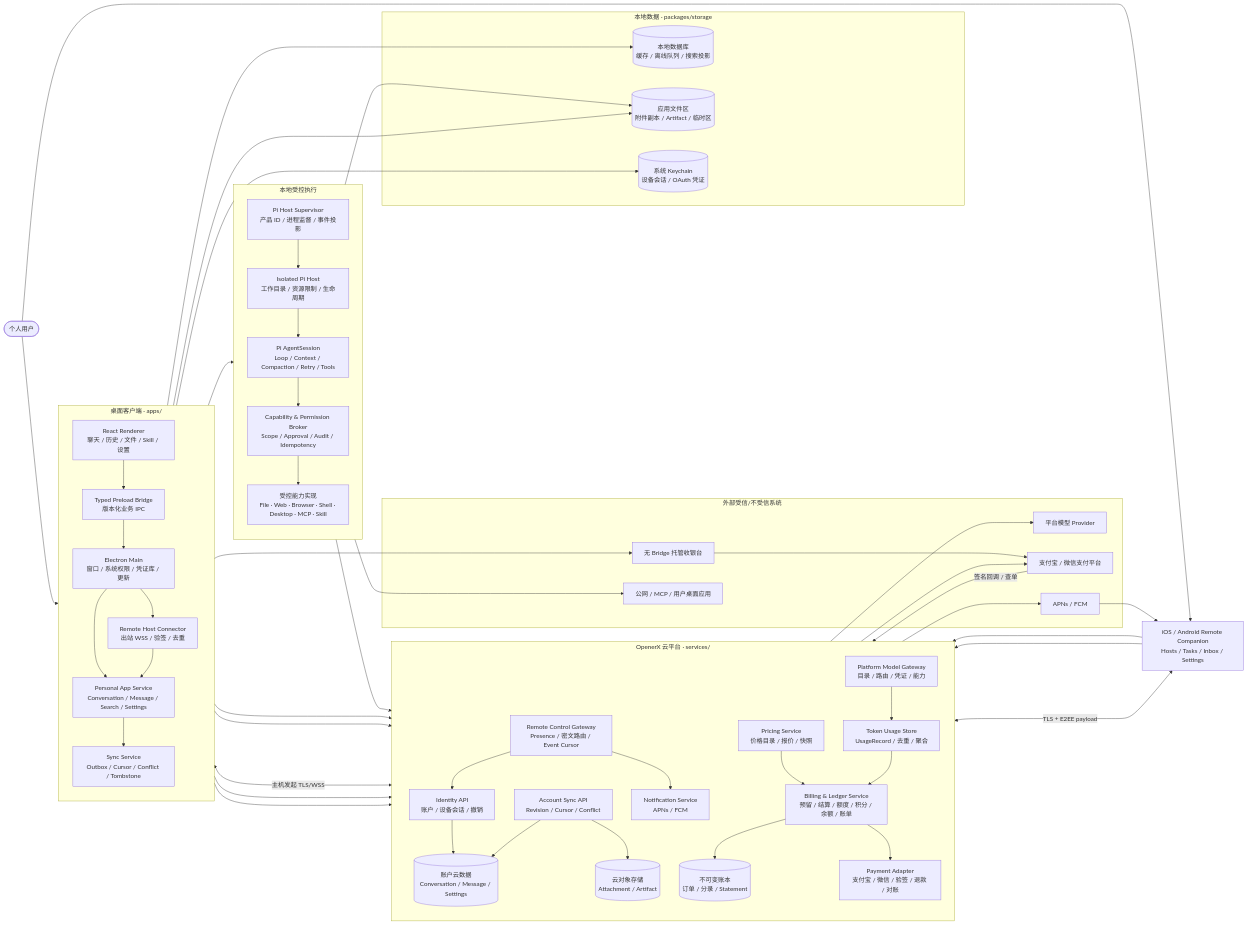
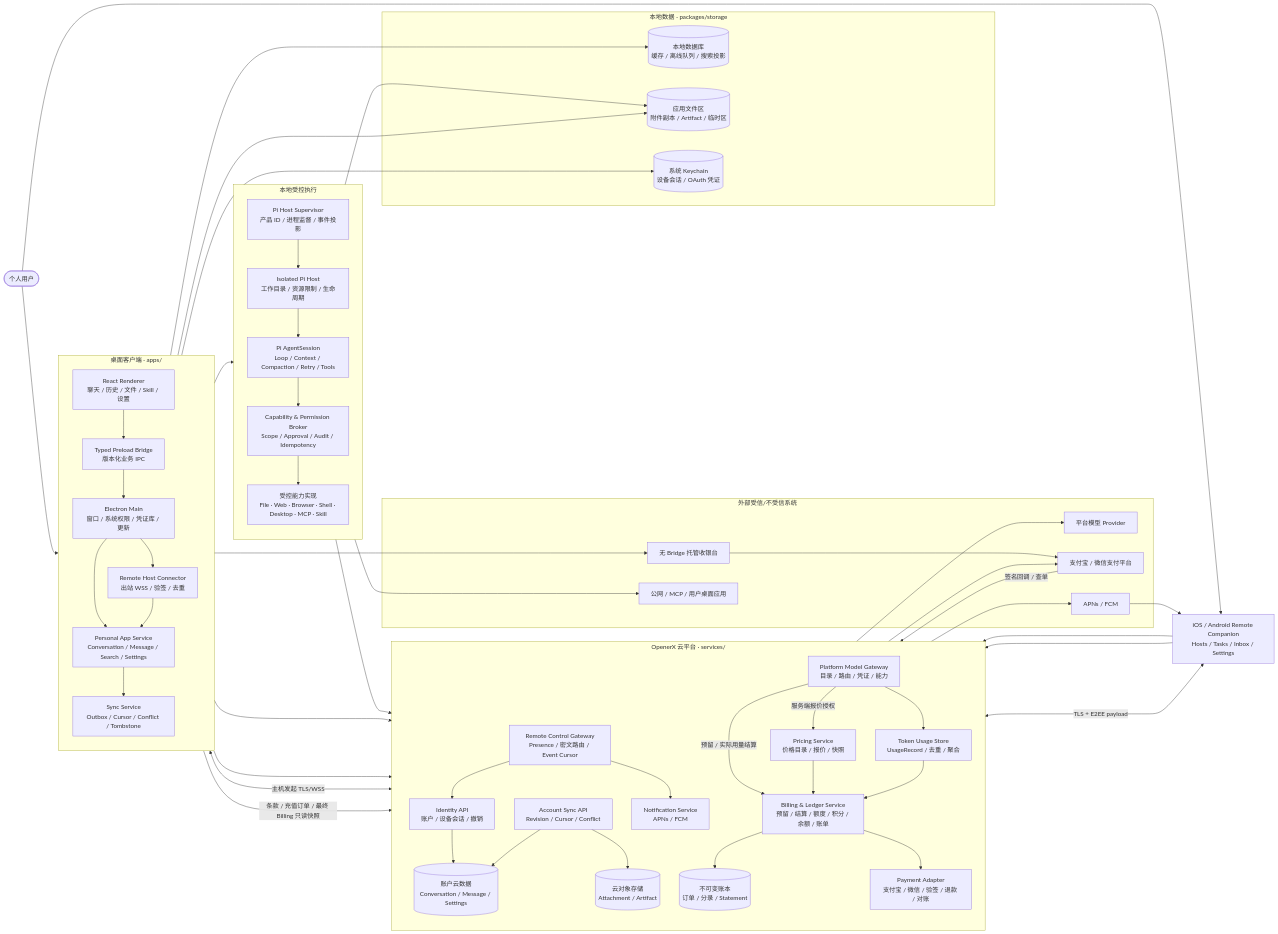
Before and after one commit to openerserver/openerx: the first of 7 diagrams in docs/v2/14-overall-architecture.md, drawn with Mermaid. The commit also changed other lines of this file and 62 other files, not shown here.

```diff
--- a/docs/v2/14-overall-architecture.md
+++ b/docs/v2/14-overall-architecture.md
@@ -120,8 +121,9 @@
   PI --> MODEL
   MODEL --> PROVIDERS
   MODEL --> USAGE
-  APP --> PRICING
-  APP --> BILLING
+  MAIN -->|条款 / 充值订单 / 最终 Billing 只读快照| BILLING
+  MODEL -->|服务端报价授权| PRICING
+  MODEL -->|预留 / 实际用量结算| BILLING
   PRICING --> BILLING
   USAGE --> BILLING
   BILLING --> LEDGER_DB
```
